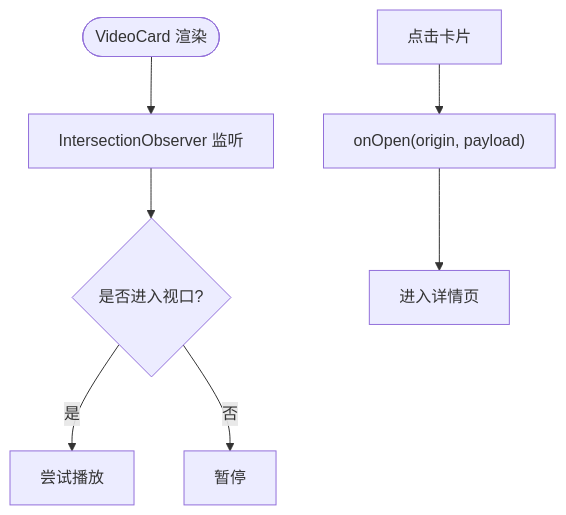
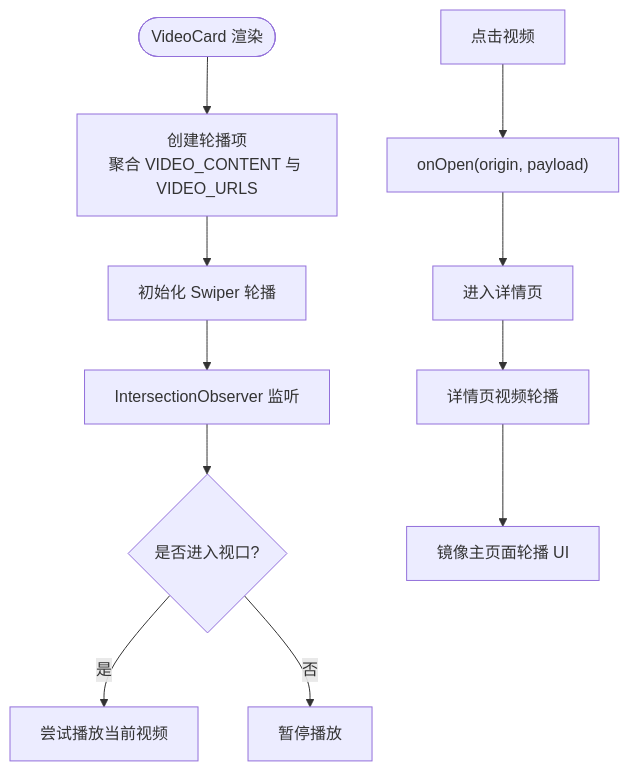
One commit to billye220670/newSquare changed the third of 4 diagrams in .qoder/repowiki/zh/content/内容卡片系统/内容卡片系统.md. Above: the diagram before and after it, drawn with Mermaid. The commit also changed other lines of this file and 14 other files, not shown here.

````diff
--- a/.qoder/repowiki/zh/content/内容卡片系统/内容卡片系统.md
+++ b/.qoder/repowiki/zh/content/内容卡片系统/内容卡片系统.md
@@ -134,9 +151,13 @@
 ```mermaid
 flowchart TD
-Start(["VideoCard 渲染"]) --> IO["IntersectionObserver 监听"]
+Start(["VideoCard 渲染"]) --> CreateSlides["创建轮播项<br/>聚合 VIDEO_CONTENT 与 VIDEO_URLS"]
+CreateSlides --> InitSwiper["初始化 Swiper 轮播"]
+InitSwiper --> IO["IntersectionObserver 监听"]
 IO --> IsIn{"是否进入视口?"}
-IsIn --> |是| TryPlay["尝试播放"]
-IsIn --> |否| Pause["暂停"]
-Click["点击卡片"] --> Open["onOpen(origin, payload)"]
+IsIn --> |是| TryPlay["尝试播放当前视频"]
+IsIn --> |否| Pause["暂停播放"]
+Click["点击视频"] --> Open["onOpen(origin, payload)"]
 Open --> Detail["进入详情页"]
+Detail --> DetailCarousel["详情页视频轮播"]
+DetailCarousel --> SameUI["镜像主页面轮播 UI"]
 ```
````
